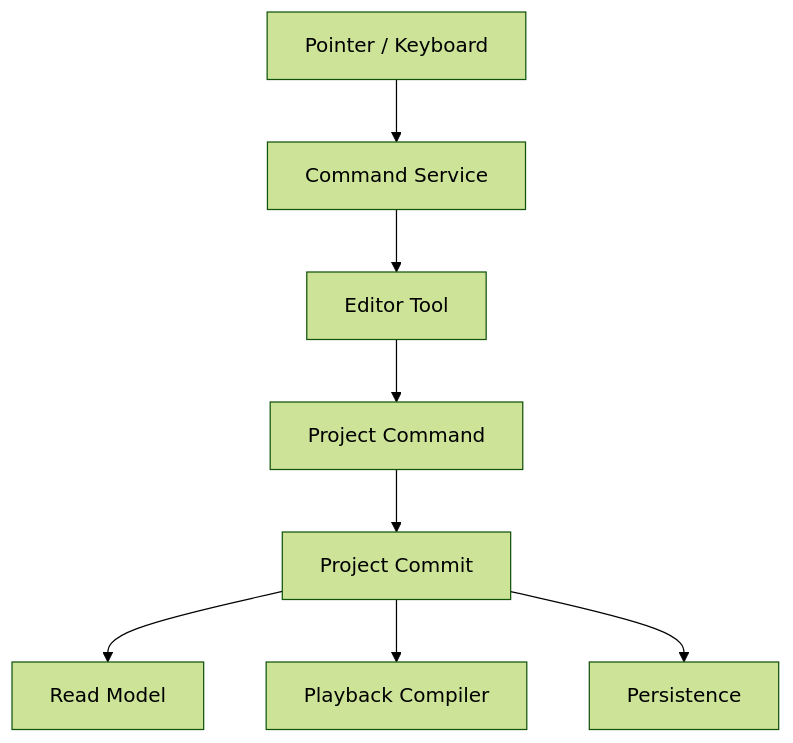
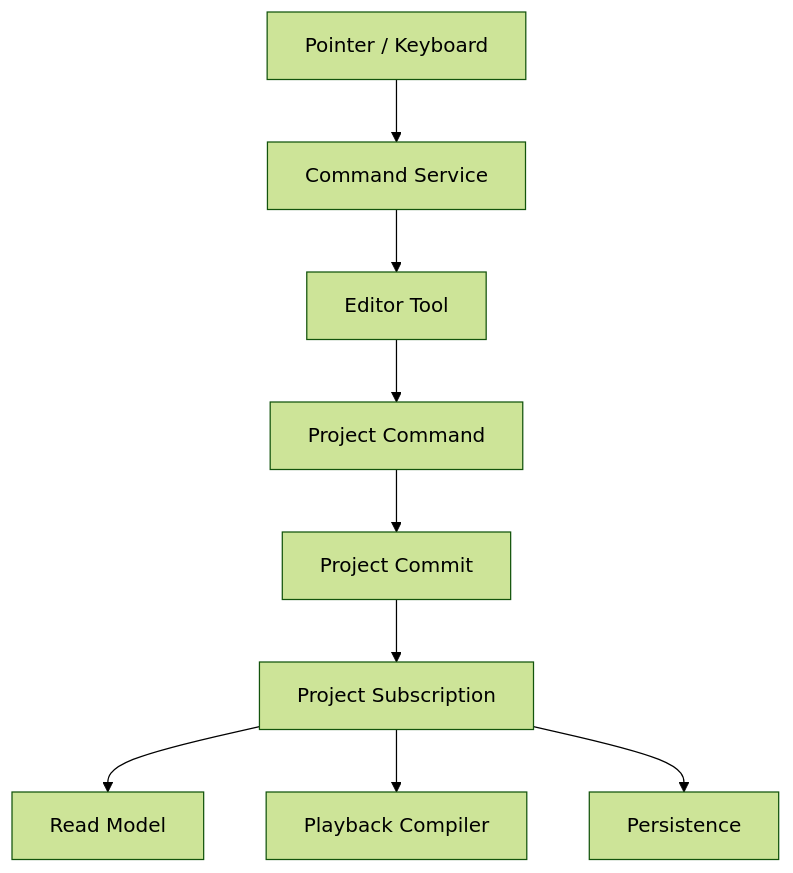
The second of 2 diagrams in docs/architecture/web-daw-architecture-brief.md (Dyolem/seele-daw), drawn with Mermaid (forest theme) before and after one commit. The commit also changed other lines of this file and 7 other files, not shown here.

````diff
--- a/docs/architecture/web-daw-architecture-brief.md
+++ b/docs/architecture/web-daw-architecture-brief.md
@@ -244,10 +270,11 @@
-~~~mermaid
+```mermaid
 flowchart TD
   IN["Pointer / Keyboard"] --> CMD["Command Service"]
   CMD --> TOOL["Editor Tool"]
   TOOL --> TX["Project Command"]
   TX --> COMMIT["Project Commit"]
-  COMMIT --> VIEW["Read Model"]
-  COMMIT --> PLAY["Playback Compiler"]
-  COMMIT --> SAVE["Persistence"]
-~~~
+  COMMIT --> PUB["Project Subscription"]
+  PUB --> VIEW["Read Model"]
+  PUB --> PLAY["Playback Compiler"]
+  PUB --> SAVE["Persistence"]
+```
````
